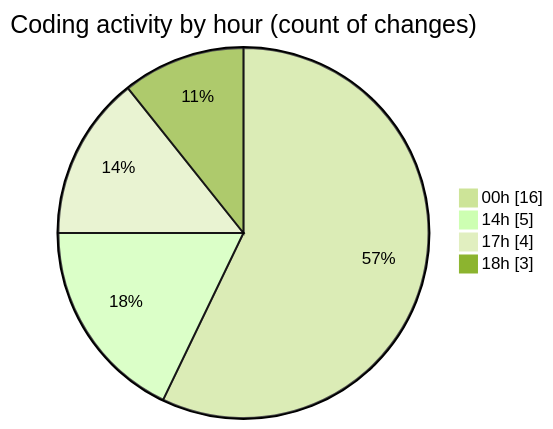
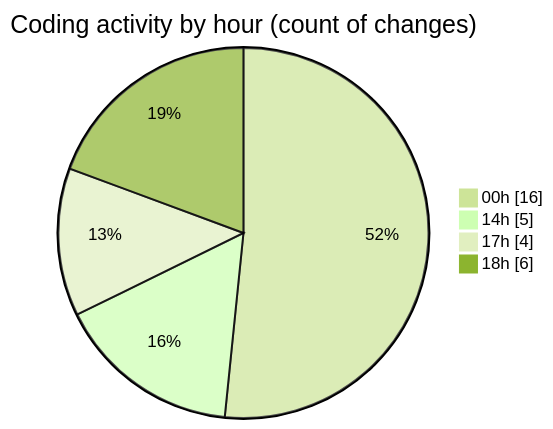
One commit to EIIisD/code-tracking changed the second of 2 diagrams in 2025-08-01/tw-server/README.md. Above: the diagram before and after it, drawn with Mermaid (forest theme). The commit also changed other lines of this file and 1 other file, not shown here.

````diff
--- a/2025-08-01/tw-server/README.md
+++ b/2025-08-01/tw-server/README.md
@@ -35,8 +36,8 @@
 ```mermaid
 pie showData
 title Coding activity by hour (count of changes)
 "00h" : 16
 "14h" : 5
 "17h" : 4
-"18h" : 3
+"18h" : 6
 ```
````
